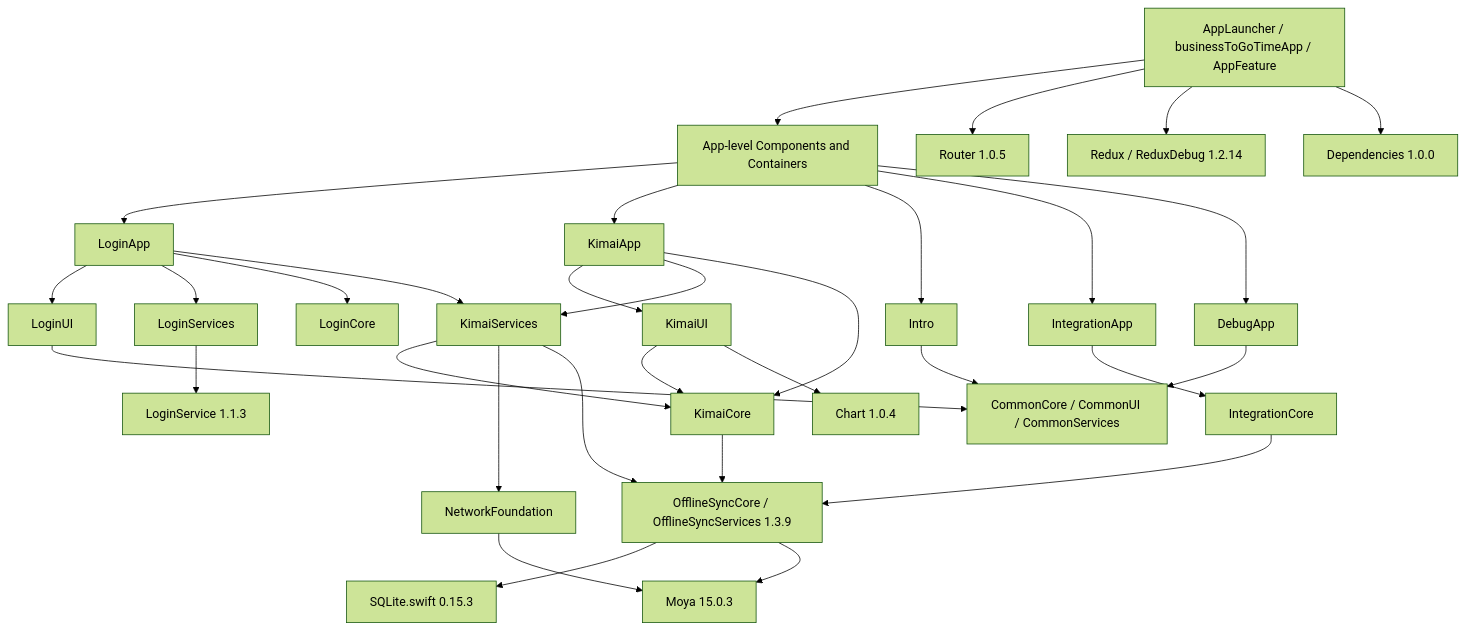
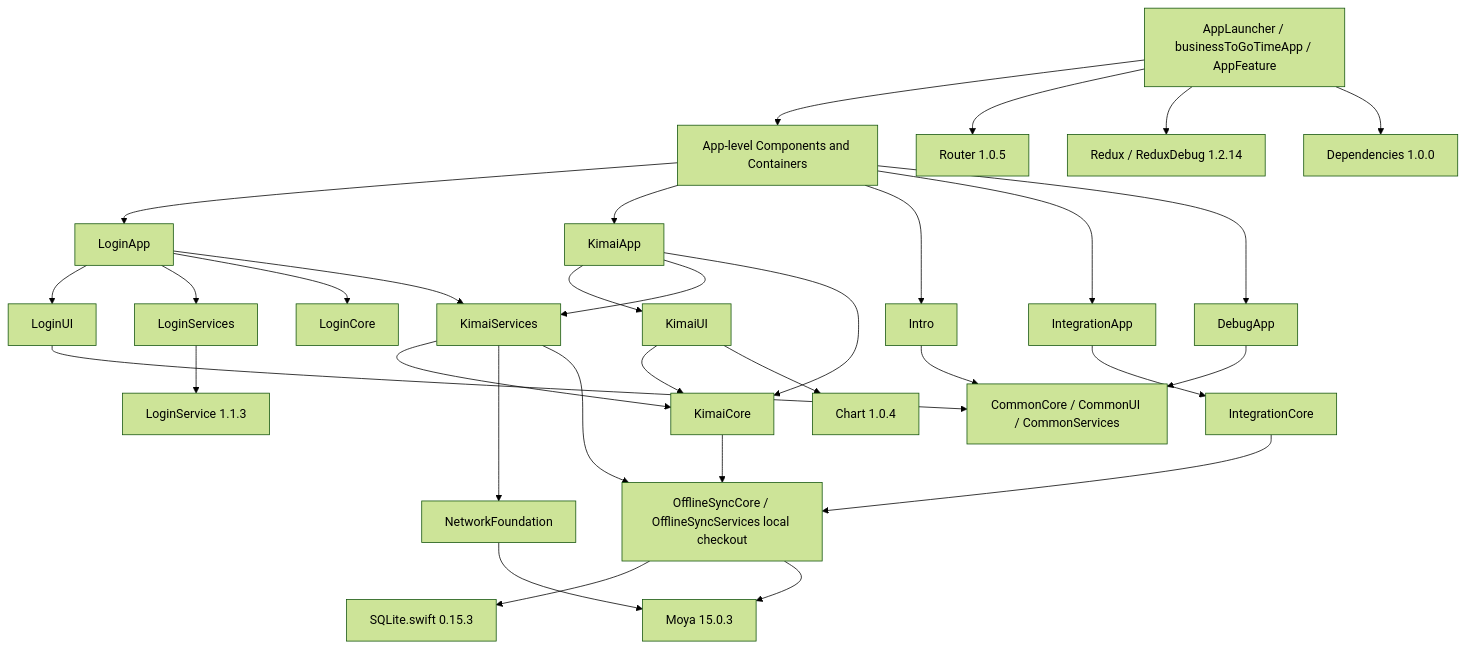
Before and after one commit to ManuelSelch/businessToGo-Time: the second of 5 diagrams in docs/architecture/ARCHITECTURE.md, drawn with Mermaid (forest theme). The commit also changed other lines of this file and 9 other files, not shown here.

Commit message:
test(sync): add isolated regressions and use local OfflineSync

````diff
--- a/docs/architecture/ARCHITECTURE.md
+++ b/docs/architecture/ARCHITECTURE.md
@@ -29,39 +29,39 @@
 ```mermaid
 flowchart TD
     Shell[AppLauncher / businessToGoTimeApp / AppFeature]
     Components[App-level Components and Containers]
     Router[Router 1.0.5]
     Redux[Redux / ReduxDebug 1.2.14]
     DI[Dependencies 1.0.0]
     Shell --> Components
     Shell --> Router
     Shell --> Redux
     Shell --> DI
     Components --> LoginApp
     Components --> KimaiApp
     Components --> Intro
     Components --> IntegrationApp
     Components --> DebugApp
     LoginApp --> LoginUI
     LoginApp --> LoginServices
     LoginApp --> LoginCore
     LoginApp --> KimaiServices
     LoginServices --> LoginService[LoginService 1.1.3]
     KimaiApp --> KimaiUI
     KimaiApp --> KimaiServices
     KimaiApp --> KimaiCore
     KimaiUI --> KimaiCore
     KimaiUI --> Chart[Chart 1.0.4]
     KimaiServices --> KimaiCore
     KimaiServices --> NetworkFoundation
-    KimaiCore --> OfflineSync[OfflineSyncCore / OfflineSyncServices 1.3.9]
+    KimaiCore --> OfflineSync[OfflineSyncCore / OfflineSyncServices local checkout]
     KimaiServices --> OfflineSync
     OfflineSync --> SQLite[SQLite.swift 0.15.3]
     OfflineSync --> Moya[Moya 15.0.3]
     NetworkFoundation --> Moya
     LoginUI --> Common[CommonCore / CommonUI / CommonServices]
     Intro --> Common
     DebugApp --> Common
     IntegrationApp --> IntegrationCore
     IntegrationCore --> OfflineSync
 ```
````
